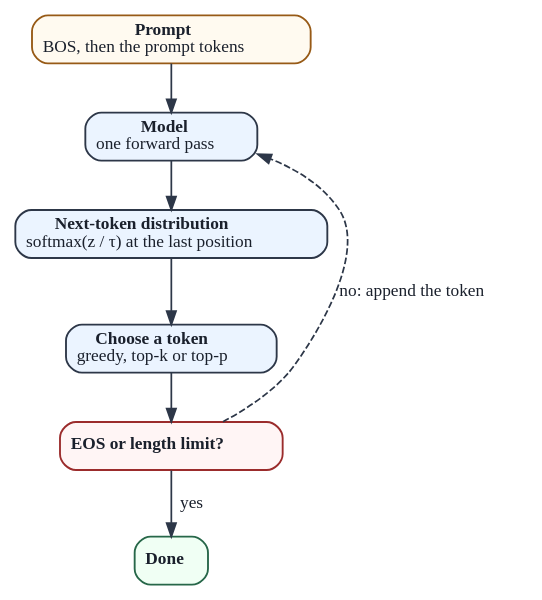
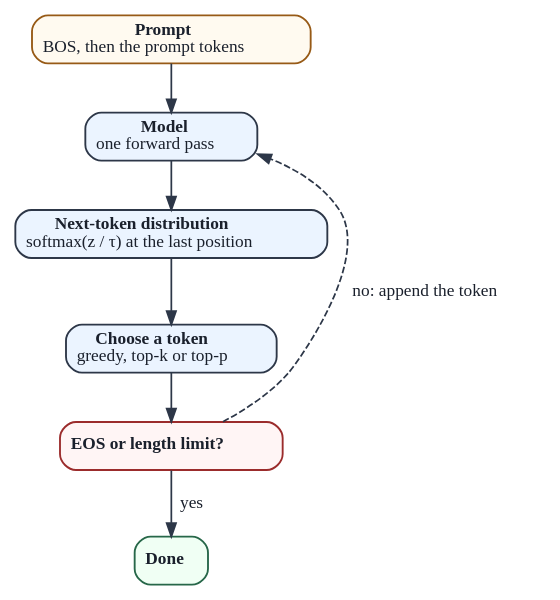
The diagram in chapters/01-foundations/figures/autoregressive_loop.dot (Beaker12/llmatlas), drawn with Graphviz before and after one commit. The commit also changed 6 other files, not shown here.

First line of the commit message:
Chapter 1: clear the loop label, describe the first deep-dive listing exactly, commit the schematic text-run step

```diff
--- a/chapters/01-foundations/figures/autoregressive_loop.dot
+++ b/chapters/01-foundations/figures/autoregressive_loop.dot
@@ -1,16 +1,16 @@
 digraph AutoregressiveLoop {
     graph [fontname="Arial" fontsize=13 bgcolor=white];
 
     p [label=<<b>Prompt</b><br/>BOS, then the prompt tokens> shape=box style="rounded,filled" fillcolor="#fffaf0" color="#975a16" penwidth=1.4 fontsize=13 fontcolor="#1a202c"];
     m [label=<<b>Model</b><br/>one forward pass> shape=box style="rounded,filled" fillcolor="#ebf4ff" color="#2d3748" penwidth=1.4 fontsize=13 fontcolor="#1a202c"];
     d [label=<<b>Next-token distribution</b><br/>softmax(z / τ) at the last position> shape=box style="rounded,filled" fillcolor="#ebf4ff" color="#2d3748" penwidth=1.4 fontsize=13 fontcolor="#1a202c"];
     c [label=<<b>Choose a token</b><br/>greedy, top-k or top-p> shape=box style="rounded,filled" fillcolor="#ebf4ff" color="#2d3748" penwidth=1.4 fontsize=13 fontcolor="#1a202c"];
     s [label=<<b>EOS or length limit?</b>> shape=box style="rounded,filled" fillcolor="#fff5f5" color="#9b2c2c" penwidth=1.4 fontsize=13 fontcolor="#1a202c"];
     e [label=<<b>Done</b>> shape=box style="rounded,filled" fillcolor="#f0fff4" color="#276749" penwidth=1.4 fontsize=13 fontcolor="#1a202c"];
     p -> m [color="#2d3748" penwidth=1.3 fontsize=12 fontcolor="#1a202c"];
     m -> d [color="#2d3748" penwidth=1.3 fontsize=12 fontcolor="#1a202c"];
     d -> c [color="#2d3748" penwidth=1.3 fontsize=12 fontcolor="#1a202c"];
     c -> s [color="#2d3748" penwidth=1.3 fontsize=12 fontcolor="#1a202c"];
     s -> e [color="#2d3748" penwidth=1.3 fontsize=13 fontcolor="#1a202c" label=<&nbsp;&nbsp;yes>];
-    s -> m [color="#2d3748" penwidth=1.3 fontsize=13 fontcolor="#1a202c" label=<no: append the token> style=dashed constraint=false];
+    s -> m [color="#2d3748" penwidth=1.3 fontsize=13 fontcolor="#1a202c" label=<&nbsp;&nbsp;&nbsp;no: append the token> style=dashed constraint=false];
 }
```
